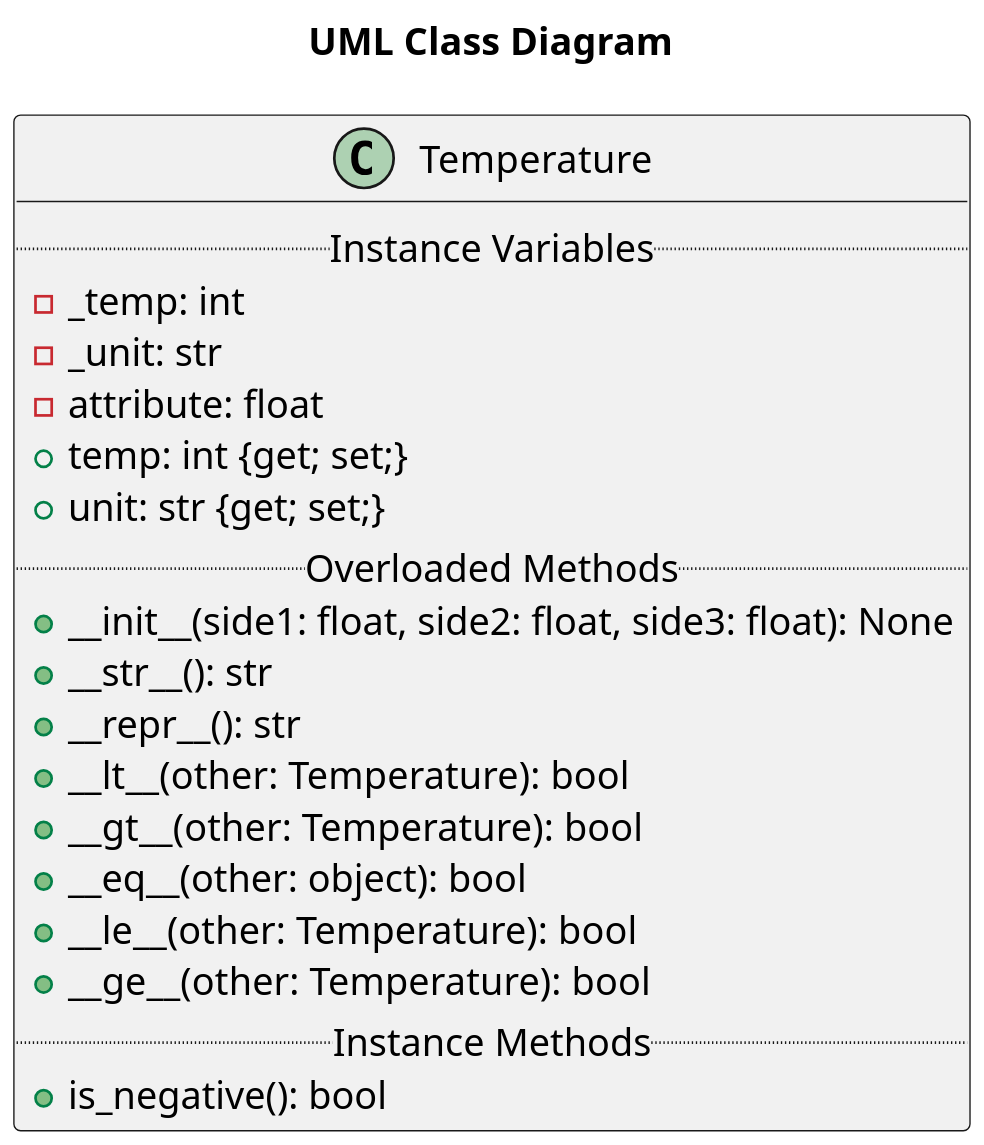
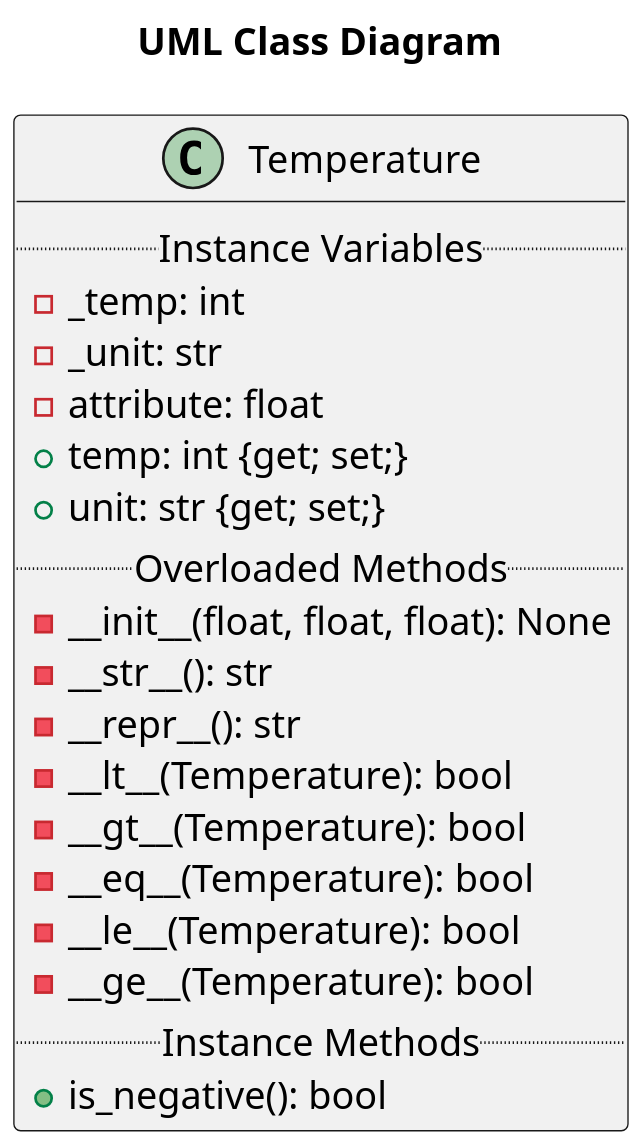
Before and after one commit to rambasnet/Object-Oriented-Programming-Design-Patterns: the diagram in demo-assignments/A1-OOP/cold/uml/temperature.plantuml, drawn with PlantUML. The commit also changed 6 other files, not shown here.

Commit message:
update plantumls

```diff
--- a/demo-assignments/A1-OOP/cold/uml/temperature.plantuml
+++ b/demo-assignments/A1-OOP/cold/uml/temperature.plantuml
@@ -1,24 +1,24 @@
 @startuml Temperature
 scale 2
 title "UML Class Diagram"
 
 class Temperature {
     .. Instance Variables ..
     - _temp: int
     - _unit: str
     - attribute: float
     + temp: int {get; set;}
     + unit: str {get; set;}
     .. Overloaded Methods ..
-    + __init__(side1: float, side2: float, side3: float): None
-    + __str__(): str
-    + __repr__(): str
-    + __lt__(other: Temperature): bool
-    + __gt__(other: Temperature): bool
-    + __eq__(other: object): bool
-    + __le__(other: Temperature): bool
-    + __ge__(other: Temperature): bool
+    - __init__(float, float, float): None
+    - __str__(): str
+    - __repr__(): str
+    - __lt__(Temperature): bool
+    - __gt__(Temperature): bool
+    - __eq__(Temperature): bool
+    - __le__(Temperature): bool
+    - __ge__(Temperature): bool
     .. Instance Methods ..
     + is_negative(): bool
 }
 @enduml
```
